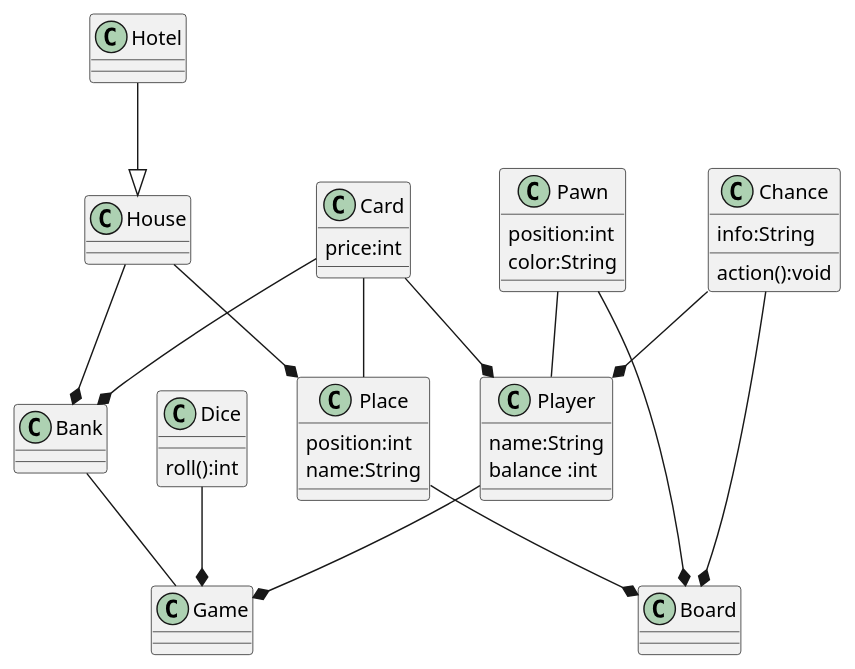
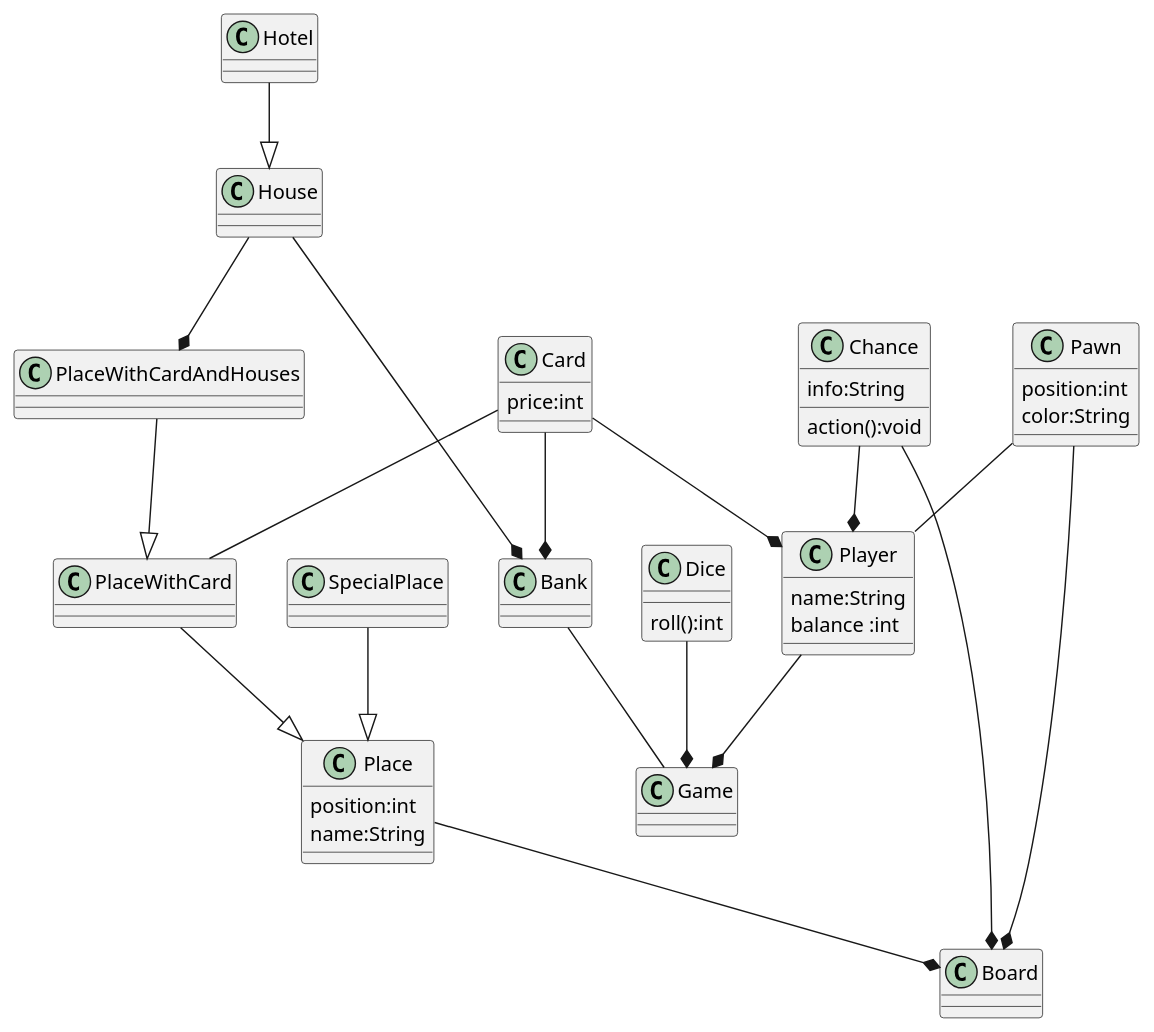
Before and after one commit to kpodlaski/ProjObj2019: the diagram in zaoczne/gr2/monopoly/class_diagram.plantuml, drawn with PlantUML. The commit also changed 1 other file, not shown here.

```diff
--- a/zaoczne/gr2/monopoly/class_diagram.plantuml
+++ b/zaoczne/gr2/monopoly/class_diagram.plantuml
@@ -1,45 +1,53 @@
 @startuml
 
 class Game{}
 class Player{
     name:String
     balance :int
 }
 class Bank{}
 class Board{}
 class Place{
     position:int
     name:String
 }
 class Pawn{
     position:int
     color:String
 }
 class Dice{
     roll():int
 }
 class Card{
     price:int
 }
 class Chance{
     info:String
     action():void
 }
 class House{}
 class Hotel{}
+class PlaceWithCard{}
+class PlaceWithCardAndHouses{}
+class SpecialPlace{}
+
 
 Player --* Game
 Pawn -- Player
 Pawn --* Board
 Dice --* Game
 Bank -- Game
 Place --* Board
-Card -- Place
+Card -- PlaceWithCard
 Chance --* Board
 Card --* Player
 Card --* Bank
 Chance --* Player 
 House --* Bank
-House --* Place
+House --* PlaceWithCardAndHouses
 Hotel --|> House
+PlaceWithCard --|> Place
+PlaceWithCardAndHouses --|> PlaceWithCard
+SpecialPlace --|>Place
+
 @enduml
```
